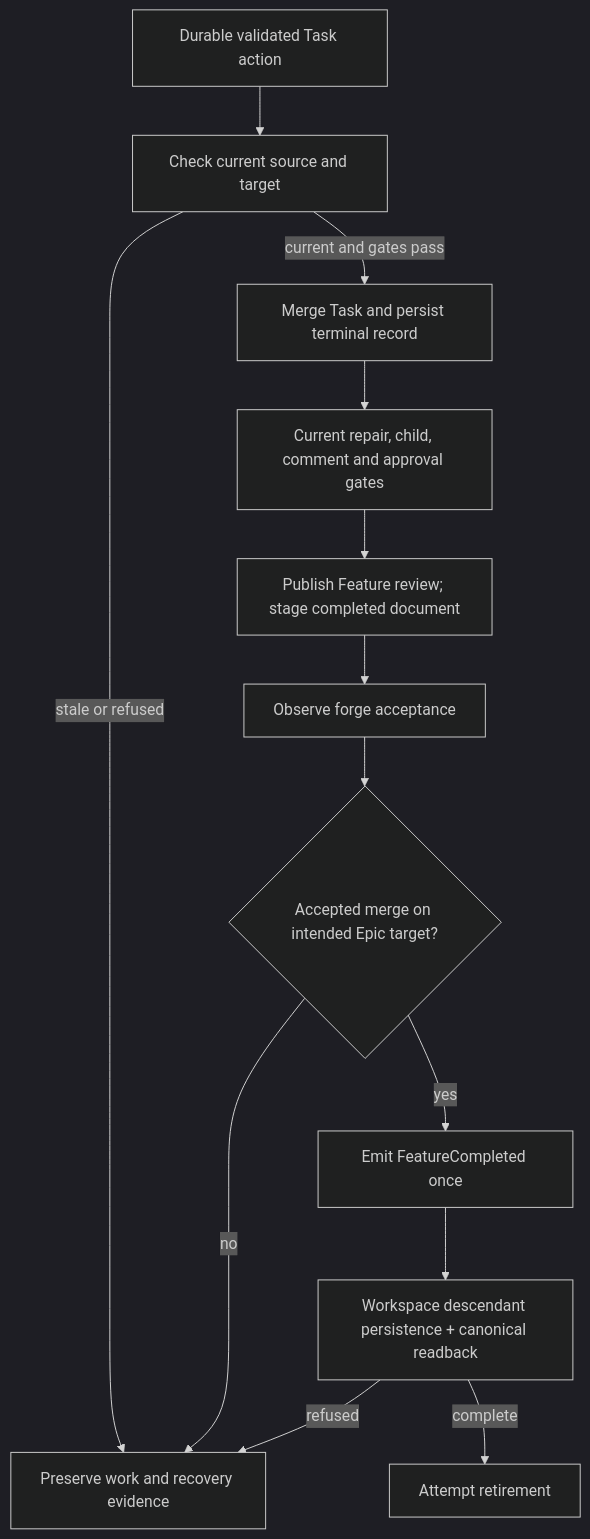
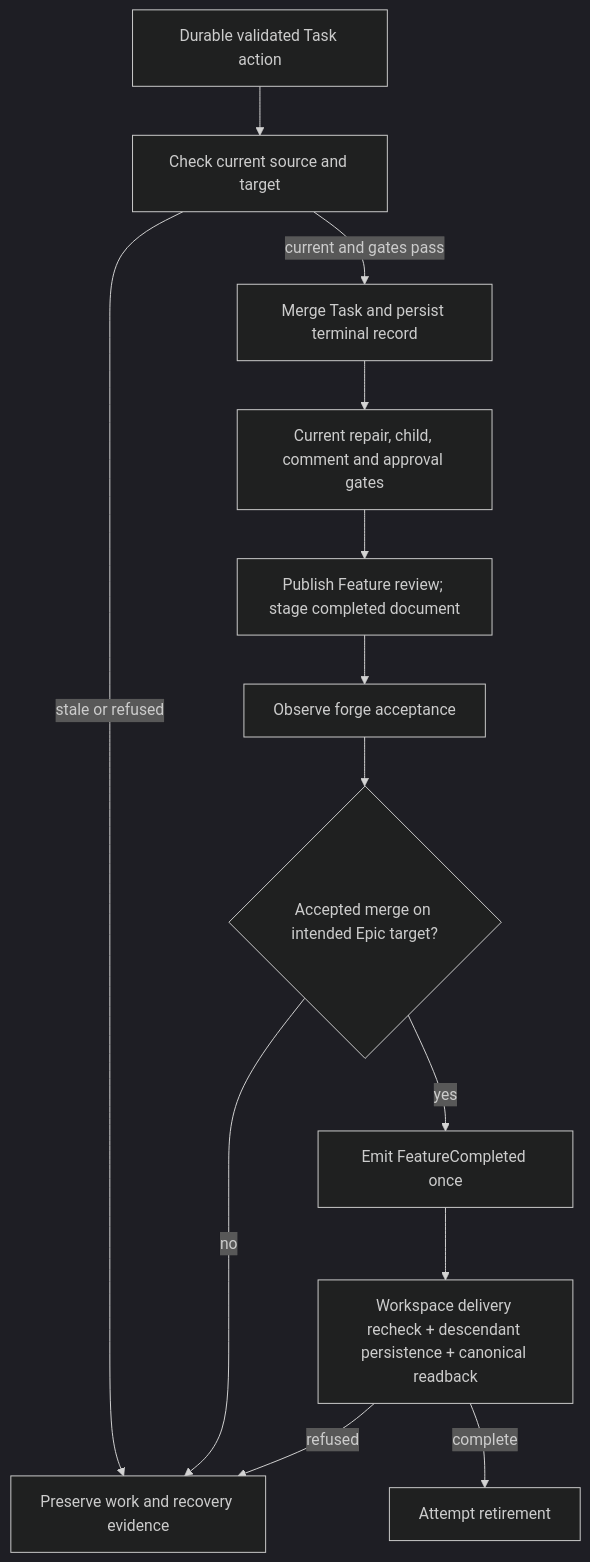
Before and after one commit to vincentc-b/CascadeCode: the diagram in cascade/boss/DESIGN.md, drawn with Mermaid (dark theme). The commit also changed other lines of this file and 15 other files, not shown here.

````diff
--- a/cascade/boss/DESIGN.md
+++ b/cascade/boss/DESIGN.md
@@ -61,15 +64,15 @@
 ```mermaid
 flowchart TD
     Queue[Durable validated Task action] --> Pair[Check current source and target]
     Pair -->|current and gates pass| Merge[Merge Task and persist terminal record]
     Pair -->|stale or refused| Preserve[Preserve work and recovery evidence]
     Merge --> Rollup[Current repair, child, comment and approval gates]
     Rollup --> Review[Publish Feature review; stage completed document]
     Review --> Accept[Observe forge acceptance]
     Accept --> Target{Accepted merge on intended Epic target?}
     Target -->|no| Preserve
     Target -->|yes| Event[Emit FeatureCompleted once]
-    Event --> Proof[Workspace descendant persistence + canonical readback]
+    Event --> Proof[Workspace delivery recheck + descendant persistence + canonical readback]
     Proof -->|complete| Close[Attempt retirement]
     Proof -->|refused| Preserve
 ```
````
